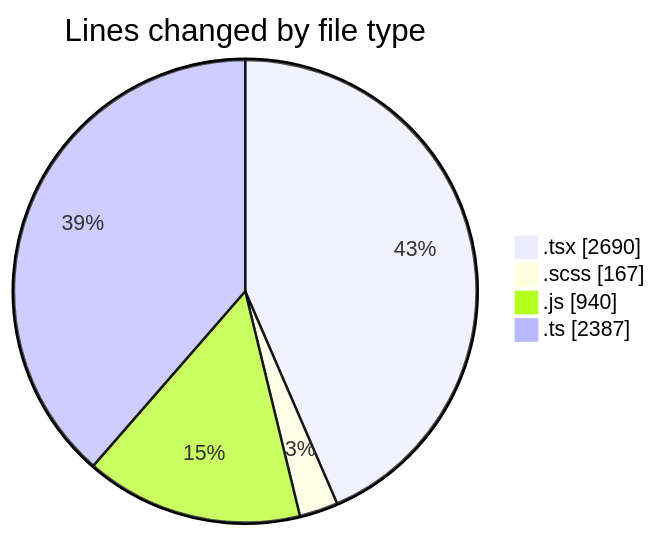
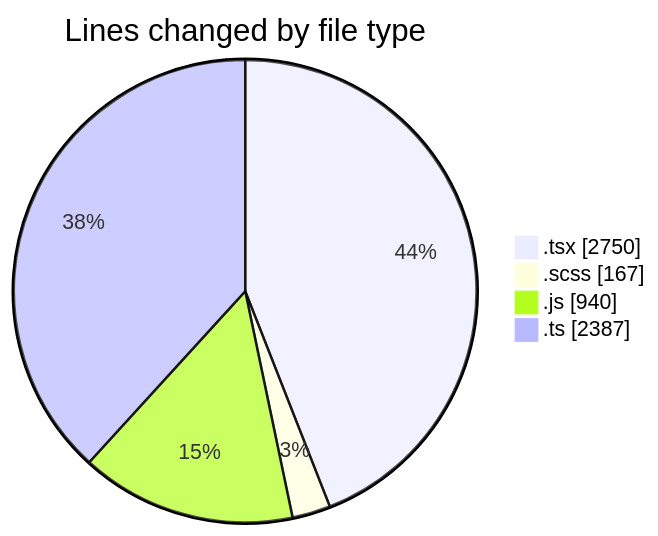
The first of 2 diagrams in 2026-07-15/cda/README.md (momahboobian/code-tracking), drawn with Mermaid before and after one commit. The commit also changed other lines of this file and 1 other file, not shown here.

````diff
--- a/2026-07-15/cda/README.md
+++ b/2026-07-15/cda/README.md
@@ -51,8 +51,8 @@
 ```mermaid
 pie showData
 title Lines changed by file type
-".tsx" : 2690
+".tsx" : 2750
 ".scss" : 167
 ".js" : 940
 ".ts" : 2387
 ```
````
